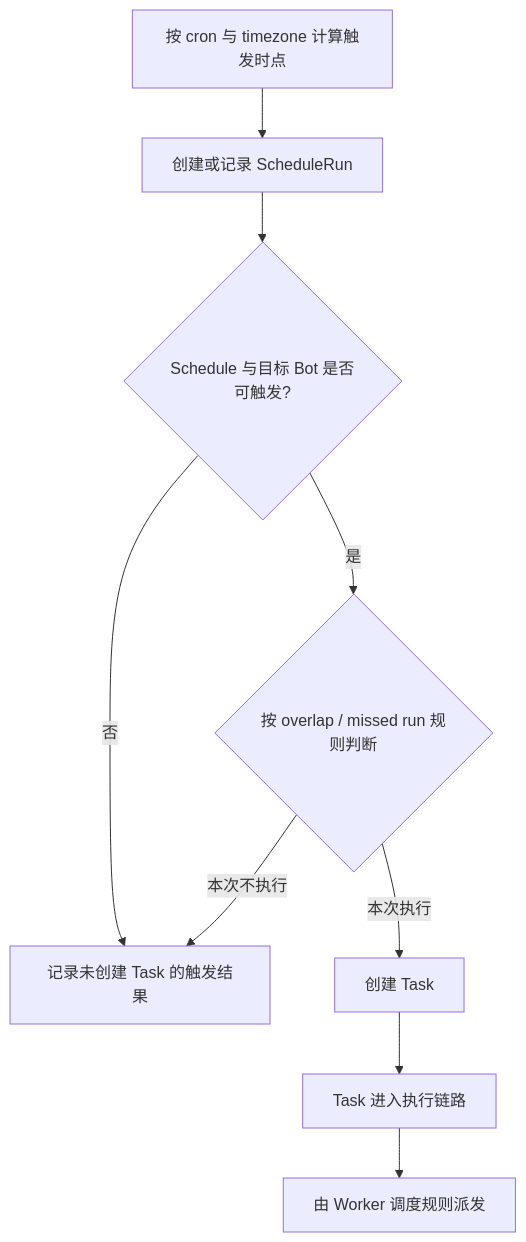
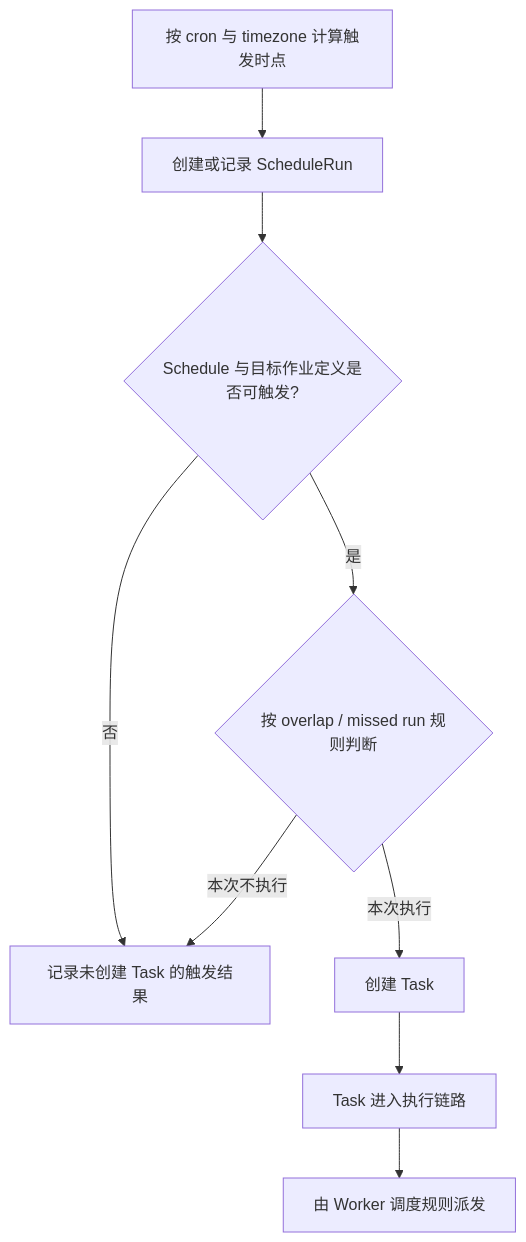
One commit to ForbiddenR/static-ui changed the fifth of 7 diagrams in docs/流程图与讨论材料.md. Above: the diagram before and after it, drawn with Mermaid. The commit also changed other lines of this file and 42 other files, not shown here.

````diff
--- a/docs/流程图与讨论材料.md
+++ b/docs/流程图与讨论材料.md
@@ -156,11 +156,11 @@
 ```mermaid
 flowchart TD
     Plan[按 cron 与 timezone 计算触发时点] --> Run[创建或记录 ScheduleRun]
-    Run --> Enabled{Schedule 与目标 Bot 是否可触发?}
+    Run --> Enabled{Schedule 与目标作业定义是否可触发?}
     Enabled -- 否 --> NoTask[记录未创建 Task 的触发结果]
     Enabled -- 是 --> Overlap{按 overlap / missed run 规则判断}
     Overlap -- 本次不执行 --> NoTask
     Overlap -- 本次执行 --> Create[创建 Task]
     Create --> Pending[Task 进入执行链路]
     Pending --> Dispatch[由 Worker 调度规则派发]
 ```
````
